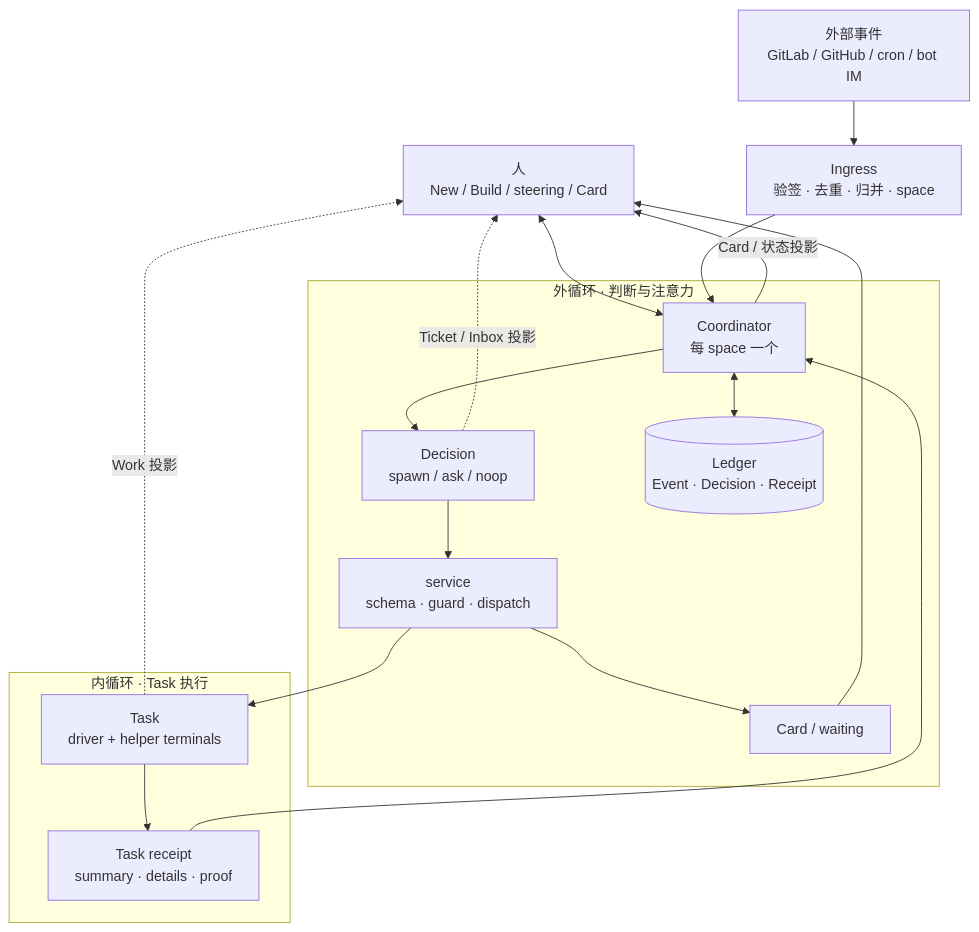
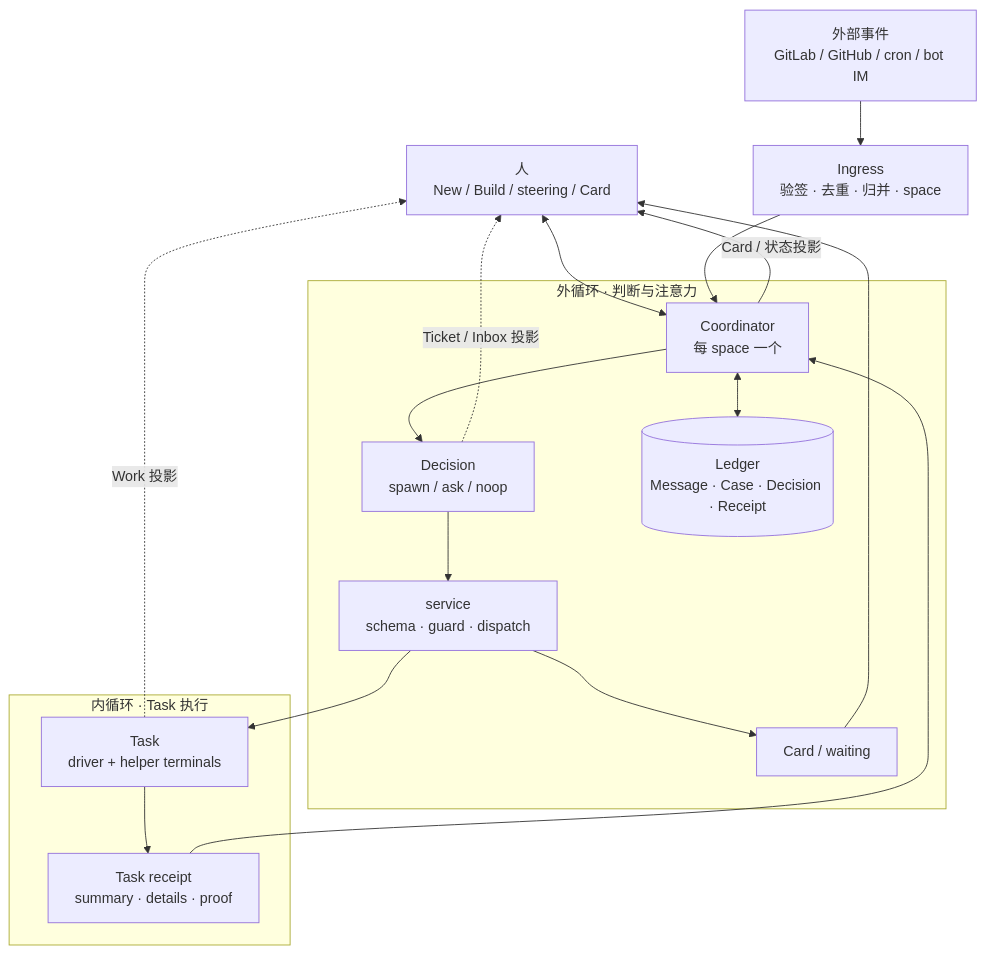
Before and after one commit to iodone/collie: the first of 4 diagrams in docs/ARCHITECTURE.md, drawn with Mermaid. The commit also changed other lines of this file and 145 other files, not shown here.

````diff
--- a/docs/ARCHITECTURE.md
+++ b/docs/ARCHITECTURE.md
@@ -55,25 +55,25 @@
 ```mermaid
 flowchart TB
   H["人<br/>New / Build / steering / Card"] <--> C["Coordinator<br/>每 space 一个"]
   E["外部事件<br/>GitLab / GitHub / cron / bot IM"] --> I["Ingress<br/>验签 · 去重 · 归并 · space"]
   I --> C
 
   subgraph OUTER["外循环 · 判断与注意力"]
     C --> D["Decision<br/>spawn / ask / noop"]
     D --> V["service<br/>schema · guard · dispatch"]
     V --> W["Card / waiting"]
-    L[("Ledger<br/>Event · Decision · Receipt")]
+    L[("Ledger<br/>Message · Case · Decision · Receipt")]
     C <--> L
   end
 
   subgraph INNER["内循环 · Task 执行"]
     V --> T["Task<br/>driver + helper terminals"]
     T --> R["Task receipt<br/>summary · details · proof"]
     R --> C
   end
 
   W --> H
   C -->|"Card / 状态投影"| H
   T -. "Work 投影" .-> H
   D -. "Ticket / Inbox 投影" .-> H
 ```
````
